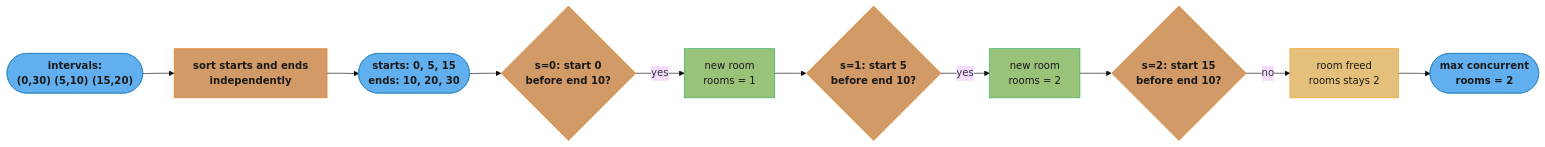
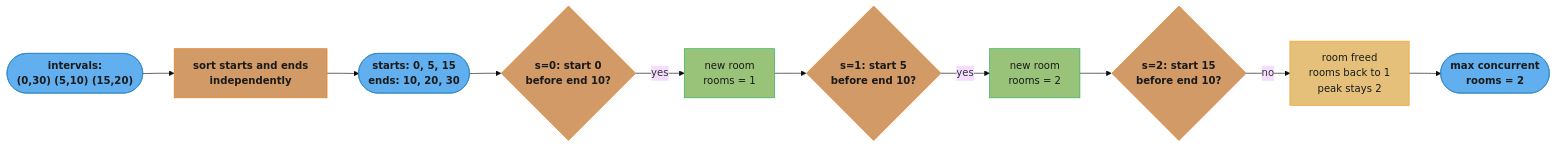
Before and after one commit to rppol/system-design: the third of 4 diagrams in src/main/java/com/rutik/systemdesign/cs_fundamentals/dsa_patterns/merge_intervals.md, drawn with Mermaid (base theme). The commit also changed other lines of this file and 11 other files, not shown here.

````diff
--- a/src/main/java/com/rutik/systemdesign/cs_fundamentals/dsa_patterns/merge_intervals.md
+++ b/src/main/java/com/rutik/systemdesign/cs_fundamentals/dsa_patterns/merge_intervals.md
@@ -102,25 +102,25 @@
 ```mermaid
 flowchart LR
     classDef io      fill:#61afef,stroke:#2e86c1,color:#1a1a1a,font-weight:bold
     classDef frozen  fill:#c678dd,stroke:#9b59b6,color:#fff
     classDef train   fill:#98c379,stroke:#27ae60,color:#1a1a1a
     classDef mathOp  fill:#d19a66,stroke:#e67e22,color:#1a1a1a,font-weight:bold
     classDef lossN   fill:#e06c75,stroke:#c0392b,color:#fff,font-weight:bold
     classDef req     fill:#56b6c2,stroke:#0097a7,color:#1a1a1a
     classDef base    fill:#e5c07b,stroke:#f39c12,color:#1a1a1a
 
     raw(["intervals:<br/>(0,30) (5,10) (15,20)"]) --> split["sort starts and ends<br/>independently"]
     split --> in(["starts: 0, 5, 15<br/>ends: 10, 20, 30"])
     in --> d1{"s=0: start 0<br/>before end 10?"}
     d1 -->|"yes"| r1["new room<br/>rooms = 1"]
     r1 --> d2{"s=1: start 5<br/>before end 10?"}
     d2 -->|"yes"| r2["new room<br/>rooms = 2"]
     r2 --> d3{"s=2: start 15<br/>before end 10?"}
-    d3 -->|"no"| r3["room freed<br/>rooms stays 2"]
+    d3 -->|"no"| r3["room freed<br/>rooms back to 1<br/>peak stays 2"]
     r3 --> result(["max concurrent<br/>rooms = 2"])
 
     class raw,in,result io
     class split,d1,d2,d3 mathOp
     class r1,r2 train
     class r3 base
 ```
````
